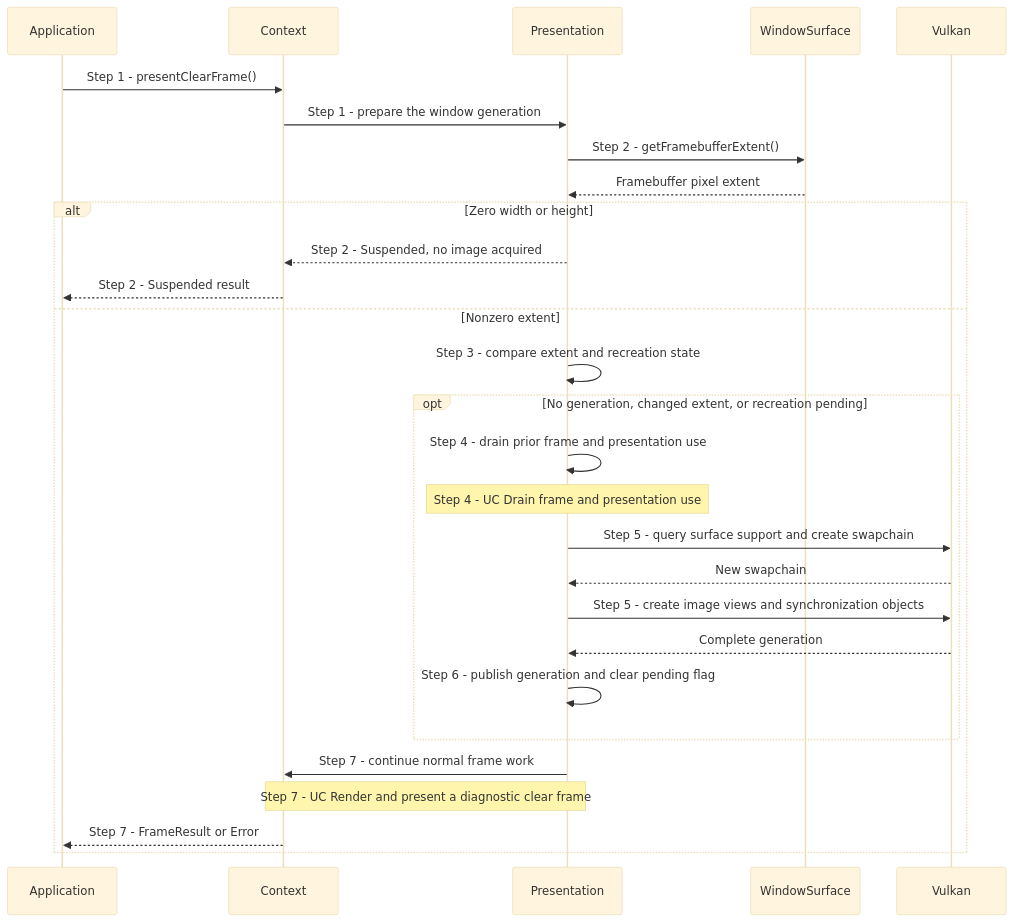
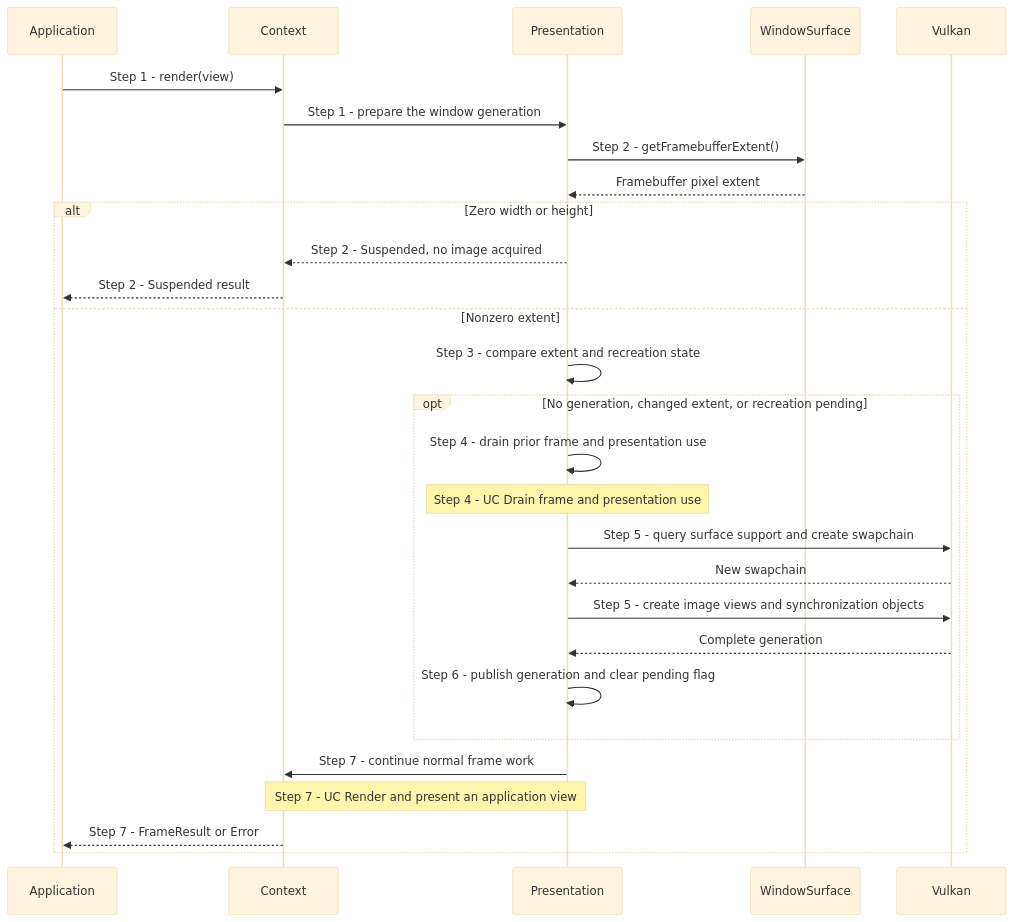
The first of 2 diagrams in docs/use-cases/recreate-swapchain.md (a-soltysik/Panda), drawn with Mermaid (base theme) before and after one commit. The commit also changed other lines of this file and 68 other files, not shown here.

````diff
--- a/docs/use-cases/recreate-swapchain.md
+++ b/docs/use-cases/recreate-swapchain.md
@@ -49,30 +49,30 @@
 ```mermaid
 sequenceDiagram
     participant A as Application
     participant C as Context
     participant P as Presentation
     participant S as WindowSurface
     participant V as Vulkan
-    A->>C: Step 1 - presentClearFrame()
+    A->>C: Step 1 - render(view)
     C->>P: Step 1 - prepare the window generation
     P->>S: Step 2 - getFramebufferExtent()
     S-->>P: Framebuffer pixel extent
     alt Zero width or height
         P-->>C: Step 2 - Suspended, no image acquired
         C-->>A: Step 2 - Suspended result
     else Nonzero extent
         P->>P: Step 3 - compare extent and recreation state
         opt No generation, changed extent, or recreation pending
             P->>P: Step 4 - drain prior frame and presentation use
             Note over P: Step 4 - UC Drain frame and presentation use
             P->>V: Step 5 - query surface support and create swapchain
             V-->>P: New swapchain
             P->>V: Step 5 - create image views and synchronization objects
             V-->>P: Complete generation
             P->>P: Step 6 - publish generation and clear pending flag
         end
         P->>C: Step 7 - continue normal frame work
-        Note over P,C: Step 7 - UC Render and present a diagnostic clear frame
+        Note over P,C: Step 7 - UC Render and present an application view
         C-->>A: Step 7 - FrameResult or Error
     end
 ```
````
